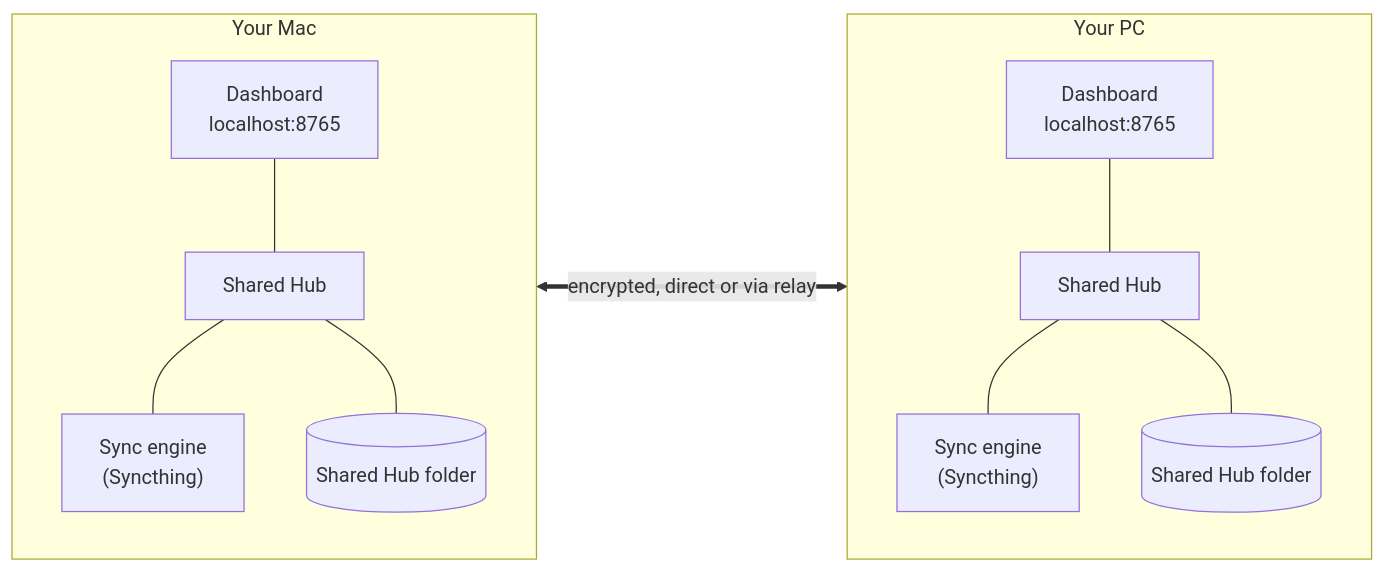
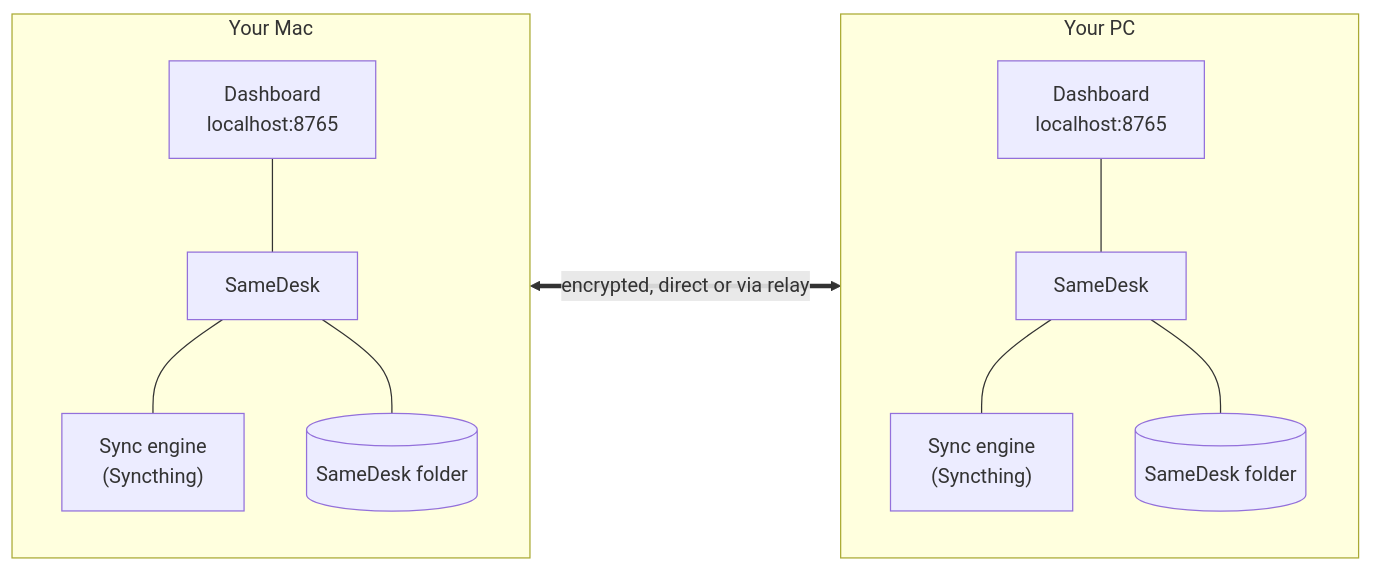
Before and after one commit to SyedAliMasoodBukhari/Samedesk: the diagram in README.md, drawn with Mermaid. The commit also changed other lines of this file and 22 other files, not shown here.

First line of the commit message:
refactor: rename Shared Hub to SameDesk

````diff
--- a/README.md
+++ b/README.md
@@ -163,16 +163,16 @@
 ```mermaid
 flowchart LR
   subgraph A["Your Mac"]
     direction TB
-    UIa["Dashboard<br/>localhost:8765"] --- HUBa["Shared Hub"]
+    UIa["Dashboard<br/>localhost:8765"] --- HUBa["SameDesk"]
     HUBa --- STa["Sync engine<br/>(Syncthing)"]
-    HUBa --- Fa[("Shared Hub folder")]
+    HUBa --- Fa[("SameDesk folder")]
   end
   subgraph B["Your PC"]
     direction TB
-    UIb["Dashboard<br/>localhost:8765"] --- HUBb["Shared Hub"]
+    UIb["Dashboard<br/>localhost:8765"] --- HUBb["SameDesk"]
     HUBb --- STb["Sync engine<br/>(Syncthing)"]
-    HUBb --- Fb[("Shared Hub folder")]
+    HUBb --- Fb[("SameDesk folder")]
   end
   STa <== "encrypted, direct or via relay" ==> STb
 ```
````
